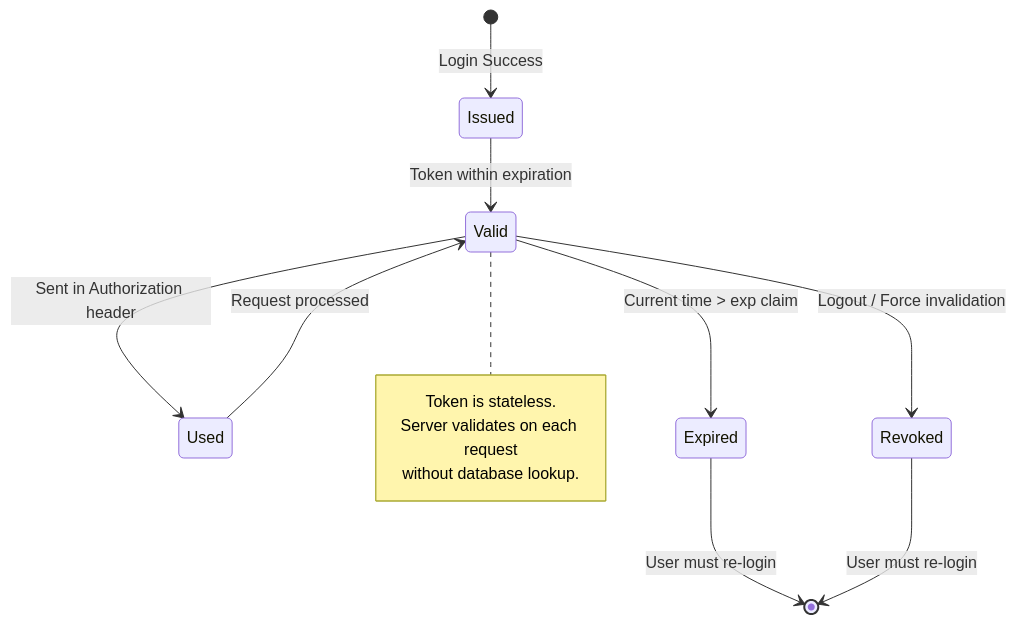
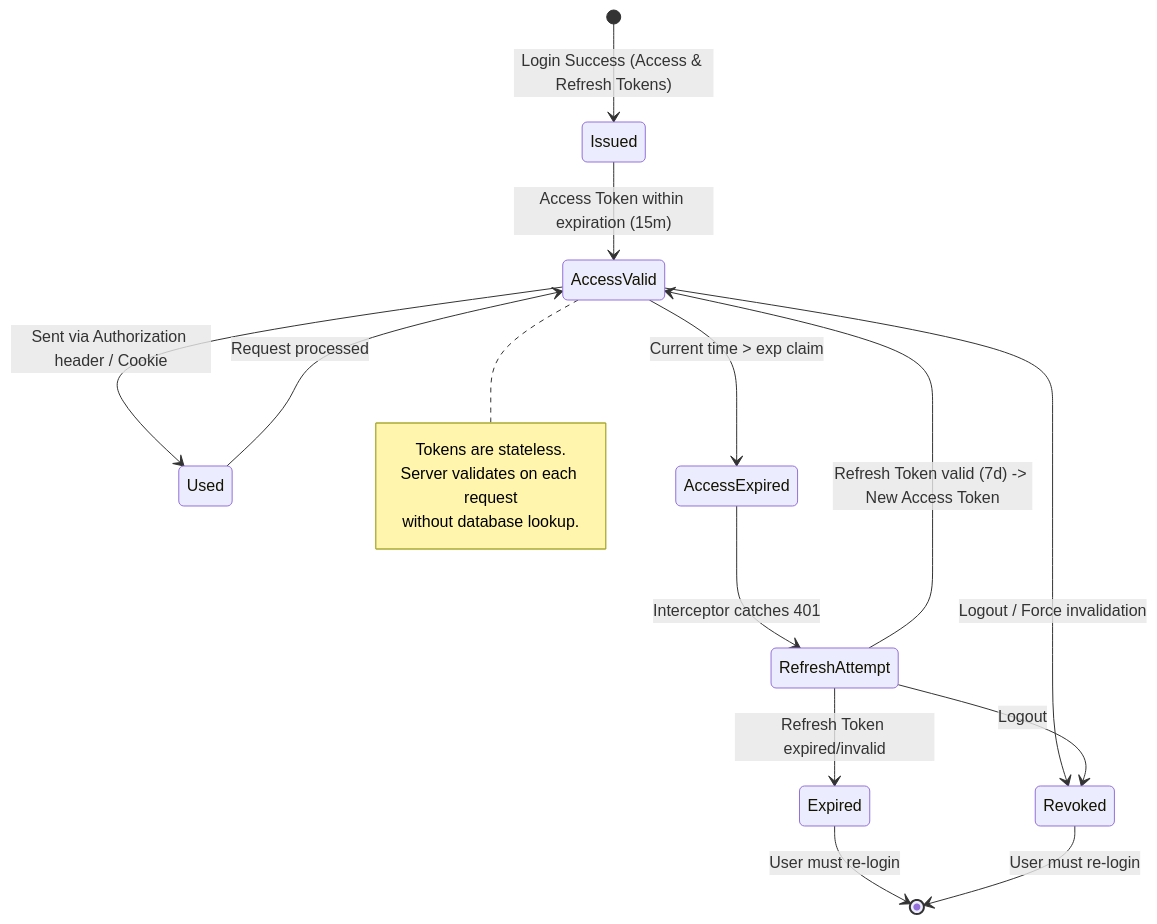
Before and after one commit to HeyamBasem/Exam-Dashboard: diagram 12 of 12 in exam_dashboard_system_design.md, drawn with Mermaid. The commit also changed other lines of this file, not shown here.

````diff
--- a/exam_dashboard_system_design.md
+++ b/exam_dashboard_system_design.md
@@ -1083,17 +1125,21 @@
 ```mermaid
 stateDiagram-v2
-    [*] --> Issued: Login Success
-    Issued --> Valid: Token within expiration
-    Valid --> Used: Sent in Authorization header
-    Used --> Valid: Request processed
-    Valid --> Expired: Current time > exp claim
+    [*] --> Issued: Login Success (Access & Refresh Tokens)
+    Issued --> AccessValid: Access Token within expiration (15m)
+    AccessValid --> Used: Sent via Authorization header / Cookie
+    Used --> AccessValid: Request processed
+    AccessValid --> AccessExpired: Current time > exp claim
+    AccessExpired --> RefreshAttempt: Interceptor catches 401
+    RefreshAttempt --> AccessValid: Refresh Token valid (7d) -> New Access Token
+    RefreshAttempt --> Expired: Refresh Token expired/invalid
     Expired --> [*]: User must re-login
-    Valid --> Revoked: Logout / Force invalidation
+    AccessValid --> Revoked: Logout / Force invalidation
+    RefreshAttempt --> Revoked: Logout
     Revoked --> [*]: User must re-login
 
-    note right of Valid
-        Token is stateless.
+    note right of AccessValid
+        Tokens are stateless.
         Server validates on each request
         without database lookup.
     end note
 ```
````
